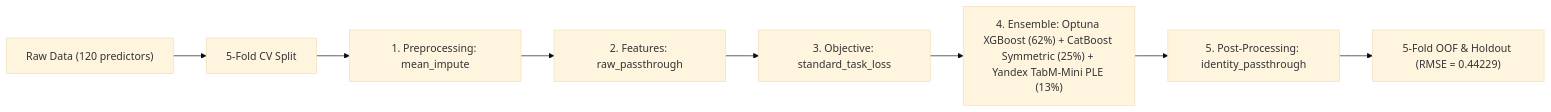
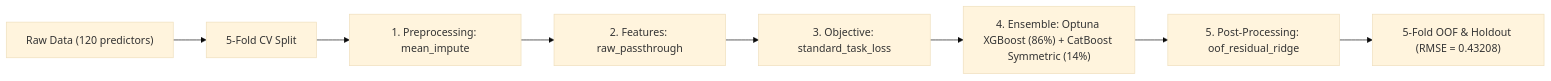
The diagram in README.md (stefanoclss/UM-Game-Playing-Strength-of-MCTS-Variants), drawn with Mermaid (base theme) before and after one commit. The commit also changed other lines of this file, not shown here.

First line of the commit message:
docs(readme): refresh verified OOF benchmark & build ledger (RMSE=0.43208)

````diff
--- a/README.md
+++ b/README.md
@@ -73,10 +74,10 @@
 ```mermaid
 flowchart LR
     DATA["Raw Data (120 predictors)"] --> SPLIT["5-Fold CV Split"]
     SPLIT --> PRE["1. Preprocessing: mean_impute"]
     PRE --> FEAT["2. Features: raw_passthrough"]
     FEAT --> OBJ["3. Objective: standard_task_loss"]
-    OBJ --> M0["4. Ensemble: Optuna XGBoost (62%) + CatBoost Symmetric (25%) + Yandex TabM-Mini PLE (13%)"]
-    M0 --> POST["5. Post-Processing: identity_passthrough"]
-    POST --> OUT["5-Fold OOF & Holdout (RMSE = 0.44229)"]
+    OBJ --> M0["4. Ensemble: Optuna XGBoost (86%) + CatBoost Symmetric (14%)"]
+    M0 --> POST["5. Post-Processing: oof_residual_ridge"]
+    POST --> OUT["5-Fold OOF & Holdout (RMSE = 0.43208)"]
 ```
````
